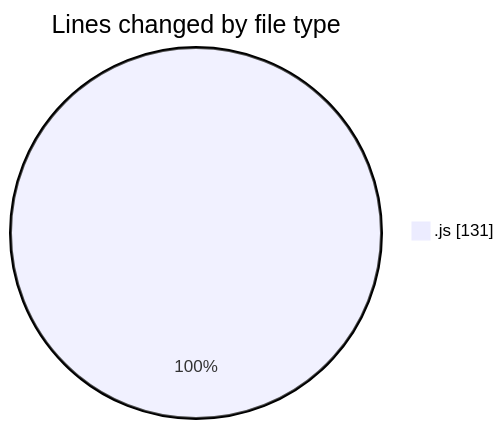
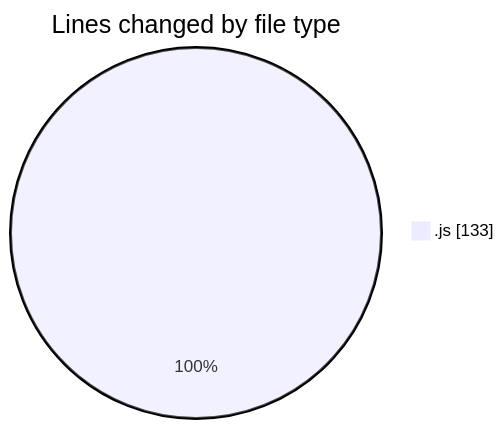
The first of 2 diagrams in 2025-03-24/aufgabe_250321/README.md (BS-eng2023/code-tracking), drawn with Mermaid before and after one commit. The commit also changed other lines of this file and 1 other file, not shown here.

````diff
--- a/2025-03-24/aufgabe_250321/README.md
+++ b/2025-03-24/aufgabe_250321/README.md
@@ -21,5 +21,5 @@
 ```mermaid
 pie showData
 title Lines changed by file type
-".js" : 131
+".js" : 133
 ```
````
